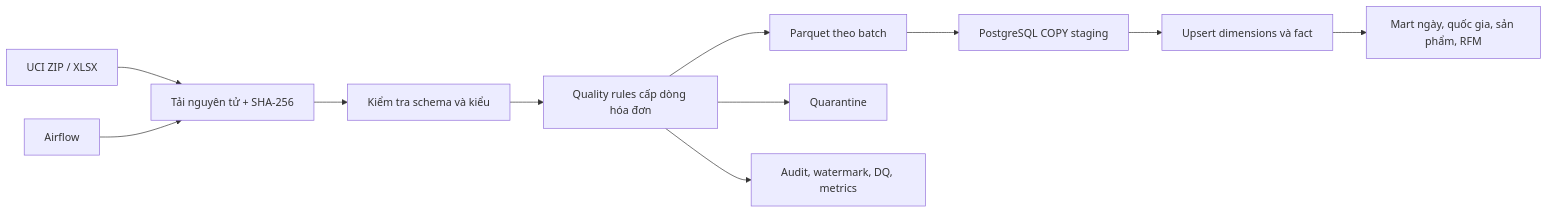
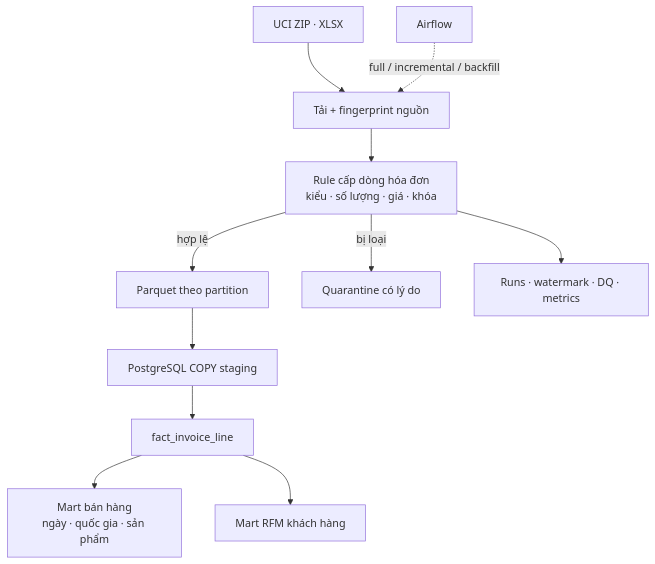
Before and after one commit to npgb2505/ecommerce-invoice-etl-local: the diagram in README.vi.md, drawn with Mermaid. The commit also changed other lines of this file and 2 other files, not shown here.

Commit message:
docs: center ecommerce README on invoice analytics

````diff
--- a/README.vi.md
+++ b/README.vi.md
@@ -24,13 +41,13 @@
 ```mermaid
-flowchart LR
-    A["UCI ZIP / XLSX"] --> B["Tải nguyên tử + SHA-256"]
-    B --> C["Kiểm tra schema và kiểu"]
-    C --> D["Quality rules cấp dòng hóa đơn"]
-    D --> P["Parquet theo batch"]
-    D --> Q["Quarantine"]
-    P --> S["PostgreSQL COPY staging"]
-    S --> U["Upsert dimensions và fact"]
-    U --> M["Mart ngày, quốc gia, sản phẩm, RFM"]
-    D --> O["Audit, watermark, DQ, metrics"]
-    AF["Airflow"] --> B
+flowchart TB
+    UCI["UCI ZIP · XLSX"] --> FP["Tải + fingerprint nguồn"]
+    FP --> RULES["Rule cấp dòng hóa đơn<br/>kiểu · số lượng · giá · khóa"]
+    RULES -->|hợp lệ| BATCH["Parquet theo partition"]
+    RULES -->|bị loại| Q["Quarantine có lý do"]
+    BATCH --> COPY["PostgreSQL COPY staging"]
+    COPY --> FACT["fact_invoice_line"]
+    FACT --> SALES["Mart bán hàng<br/>ngày · quốc gia · sản phẩm"]
+    FACT --> RFM["Mart RFM khách hàng"]
+    RULES --> CONTROL["Runs · watermark · DQ · metrics"]
+    AIRFLOW["Airflow"] -. full / incremental / backfill .-> FP
 ```
````
